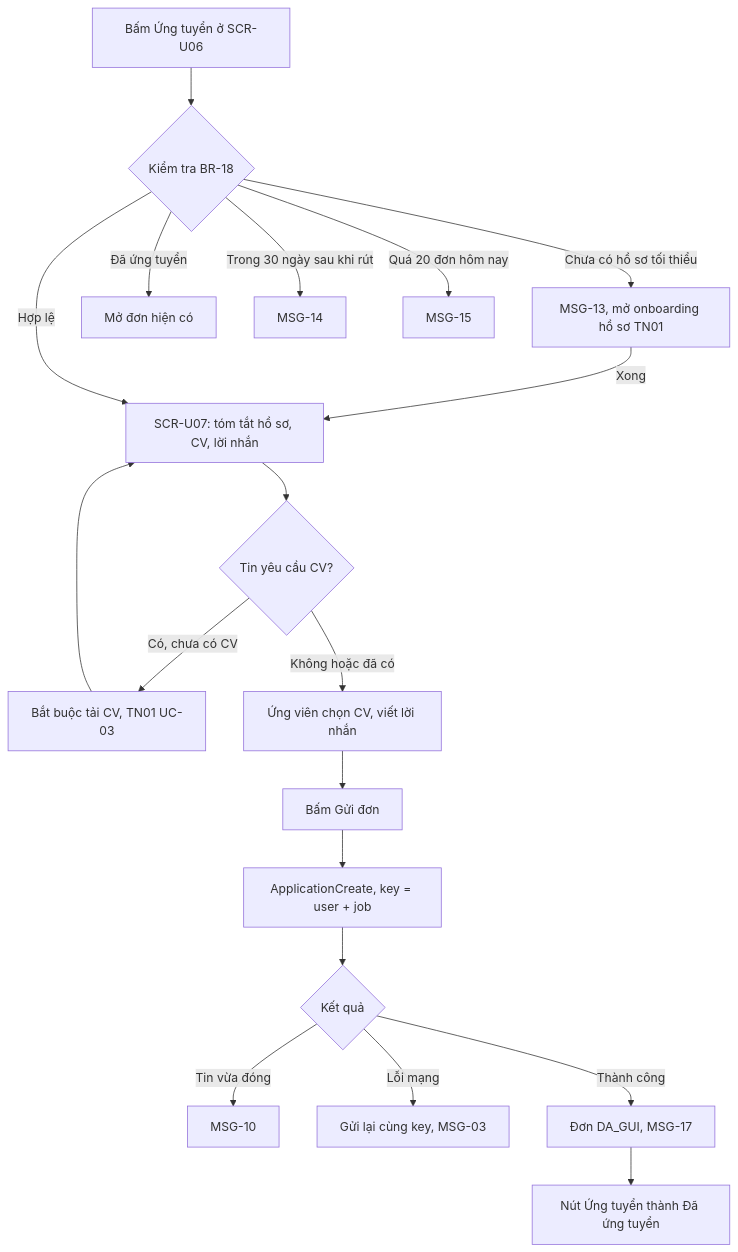
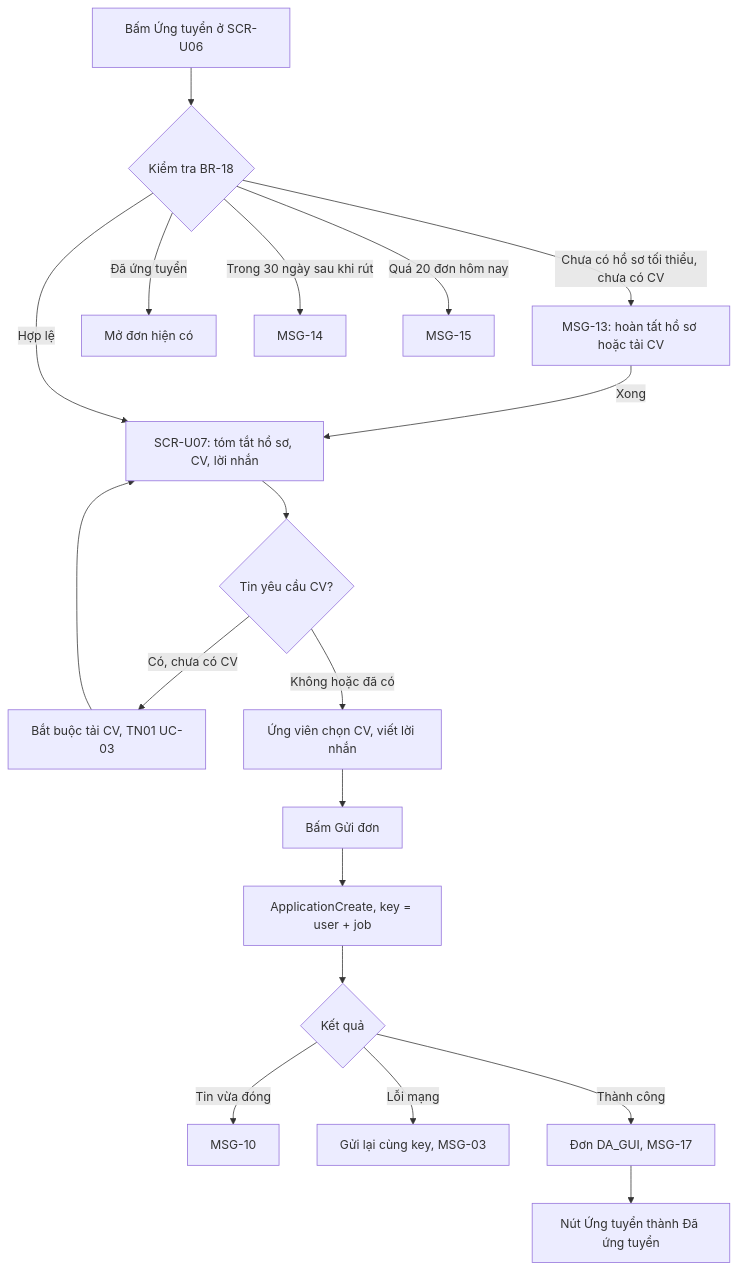
One commit to uxfoundation-vn/de05-app-tim-viec changed the third of 5 diagrams in docs/TN02-tim-viec-ung-tuyen/SRS.md. Above: the diagram before and after it, drawn with Mermaid. The commit also changed other lines of this file and 8 other files, not shown here.

````diff
--- a/docs/TN02-tim-viec-ung-tuyen/SRS.md
+++ b/docs/TN02-tim-viec-ung-tuyen/SRS.md
@@ -144,20 +144,20 @@
 ```mermaid
 flowchart TD
   A["Bấm Ứng tuyển ở SCR-U06"] --> B{"Kiểm tra BR-18"}
-  B -->|Chưa có hồ sơ tối thiểu| C["MSG-13, mở onboarding hồ sơ TN01"]
+  B -->|Chưa có hồ sơ tối thiểu, chưa có CV| C["MSG-13: hoàn tất hồ sơ hoặc tải CV"]
   C -->|Xong| D
   B -->|Đã ứng tuyển| B1["Mở đơn hiện có"]
   B -->|Trong 30 ngày sau khi rút| B2["MSG-14"]
   B -->|Quá 20 đơn hôm nay| B3["MSG-15"]
   B -->|Hợp lệ| D["SCR-U07: tóm tắt hồ sơ, CV, lời nhắn"]
   D --> E{"Tin yêu cầu CV?"}
   E -->|Có, chưa có CV| F["Bắt buộc tải CV, TN01 UC-03"] --> D
   E -->|Không hoặc đã có| G["Ứng viên chọn CV, viết lời nhắn"]
   G --> H["Bấm Gửi đơn"]
   H --> I["ApplicationCreate, key = user + job"]
   I --> J{"Kết quả"}
   J -->|Tin vừa đóng| J1["MSG-10"]
   J -->|Lỗi mạng| J2["Gửi lại cùng key, MSG-03"]
   J -->|Thành công| K["Đơn DA_GUI, MSG-17"]
   K --> L["Nút Ứng tuyển thành Đã ứng tuyển"]
 ```
````
